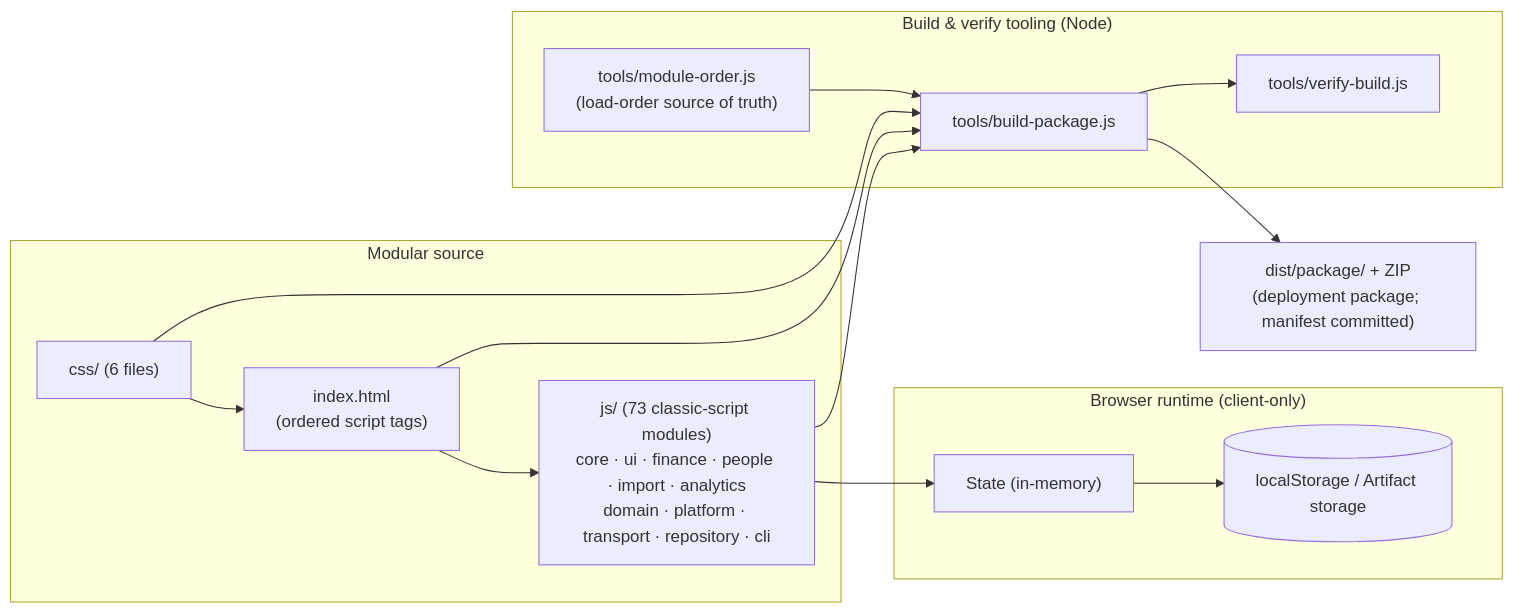
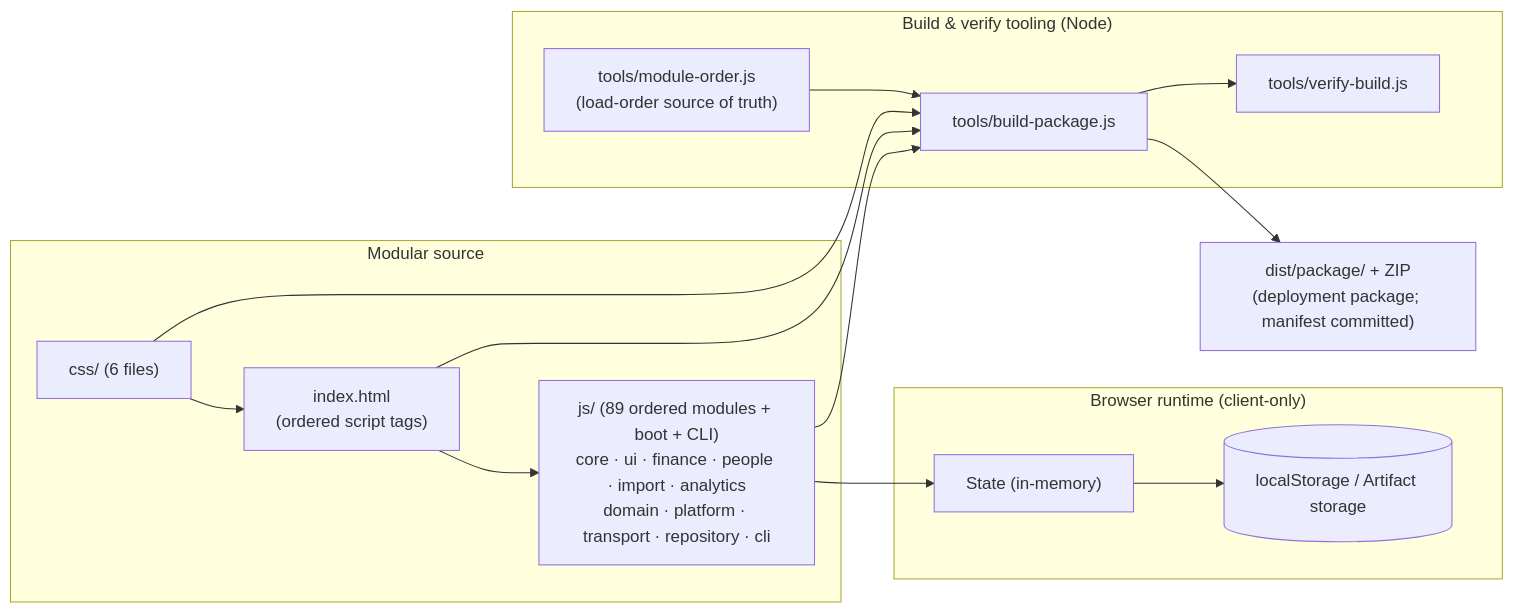
The first of 2 diagrams in README.md (fanoryu/TAM-OS-Next), drawn with Mermaid before and after one commit. The commit also changed other lines of this file and 10 other files, not shown here.

````diff
--- a/README.md
+++ b/README.md
@@ -293,27 +307,27 @@
 ```mermaid
 flowchart LR
   subgraph Source["Modular source"]
     IDX["index.html<br/>(ordered script tags)"]
     CSS["css/ (6 files)"]
-    JS["js/ (73 classic-script modules)<br/>core · ui · finance · people · import · analytics<br/>domain · platform · transport · repository · cli"]
+    JS["js/ (89 ordered modules + boot + CLI)<br/>core · ui · finance · people · import · analytics<br/>domain · platform · transport · repository · cli"]
   end
   subgraph Runtime["Browser runtime (client-only)"]
     STATE["State (in-memory)"]
     LS[("localStorage / Artifact storage")]
   end
   subgraph Build["Build & verify tooling (Node)"]
     ORDER["tools/module-order.js<br/>(load-order source of truth)"]
     BUILD["tools/build-package.js"]
     VERIFY["tools/verify-build.js"]
   end
   DIST["dist/package/ + ZIP<br/>(deployment package; manifest committed)"]
 
   IDX --> JS --> STATE --> LS
   CSS --> IDX
   ORDER --> BUILD
   IDX --> BUILD
   CSS --> BUILD
   JS --> BUILD
   BUILD --> DIST
   BUILD --> VERIFY
 ```
````
